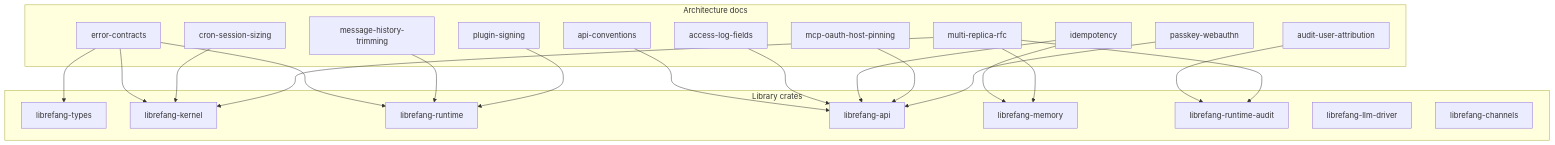
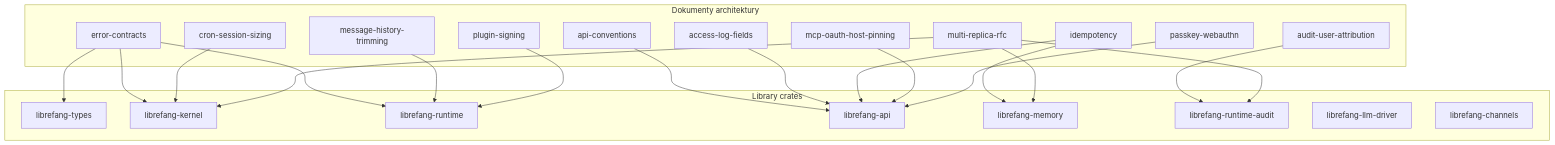
Before and after one commit to leszek3737/librefang-WIki: the diagram in docs-architecture.md, drawn with Mermaid. The commit also changed other lines of this file and 104 other files, not shown here.

````diff
--- a/docs-architecture.md
+++ b/docs-architecture.md
@@ -67,44 +67,44 @@
 ```mermaid
 graph TD
     subgraph "Library crates"
         TYPES[librefang-types]
         KERNEL[librefang-kernel]
         RUNTIME[librefang-runtime]
         API[librefang-api]
         MEMORY[librefang-memory]
         AUDIT[librefang-runtime-audit]
         LLM[librefang-llm-driver]
         CHANNELS[librefang-channels]
     end
 
-    subgraph "Architecture docs"
+    subgraph "Dokumenty architektury"
         API_CONV[api-conventions]
         ERR_CONTRACTS[error-contracts]
         ACCESS_LOG[access-log-fields]
         AUDIT_ATTR[audit-user-attribution]
         IDEMPO[idempotency]
         TRIMMING[message-history-trimming]
         CRON_SIZING[cron-session-sizing]
         MCP_OAUTH[mcp-oauth-host-pinning]
         PASSKEY[passkey-webauthn]
         PLUGIN_SIGN[plugin-signing]
         MULTI_REPLICA[multi-replica-rfc]
     end
 
     API_CONV --> API
     ERR_CONTRACTS --> TYPES
     ERR_CONTRACTS --> RUNTIME
     ERR_CONTRACTS --> KERNEL
     ACCESS_LOG --> API
     AUDIT_ATTR --> AUDIT
     IDEMPO --> MEMORY
     IDEMPO --> API
     TRIMMING --> RUNTIME
     CRON_SIZING --> KERNEL
     MCP_OAUTH --> API
     PASSKEY --> API
     PLUGIN_SIGN --> RUNTIME
     MULTI_REPLICA --> KERNEL
     MULTI_REPLICA --> MEMORY
     MULTI_REPLICA --> AUDIT
 ```
````
